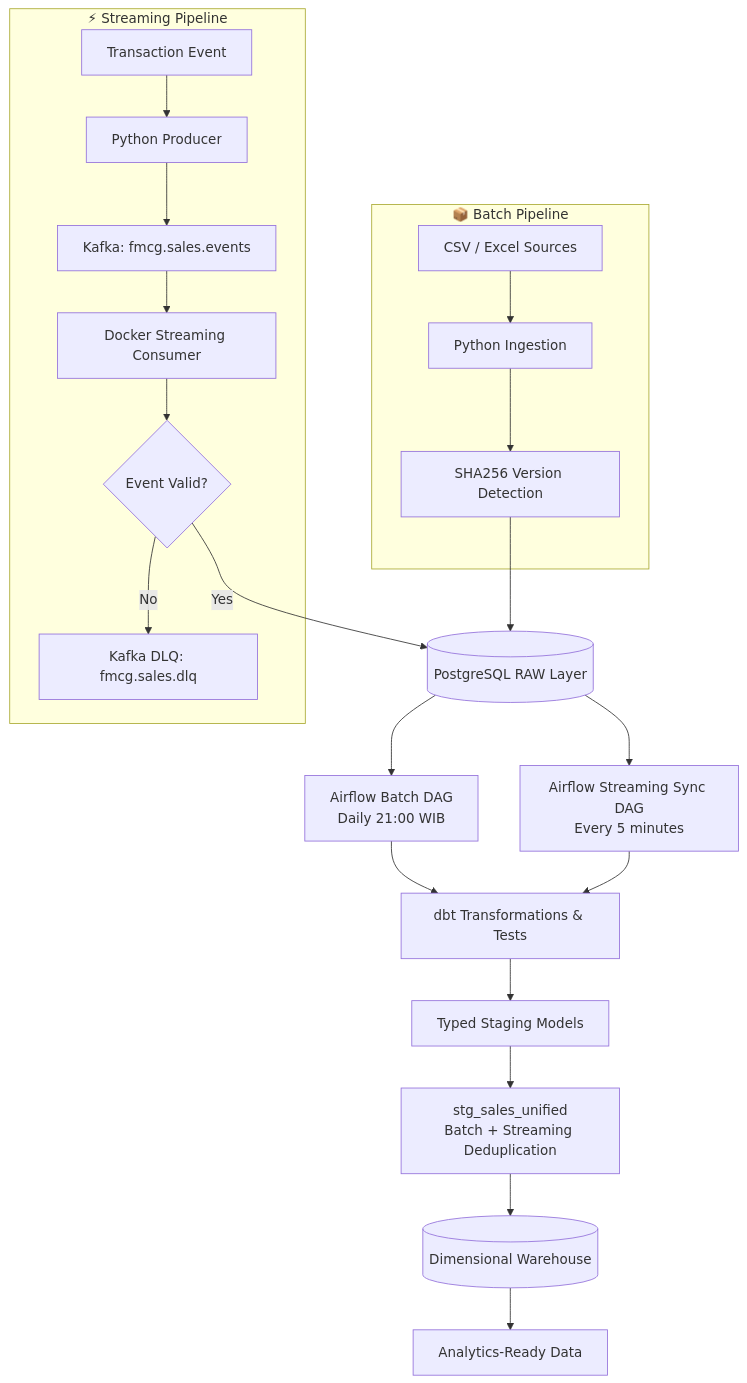
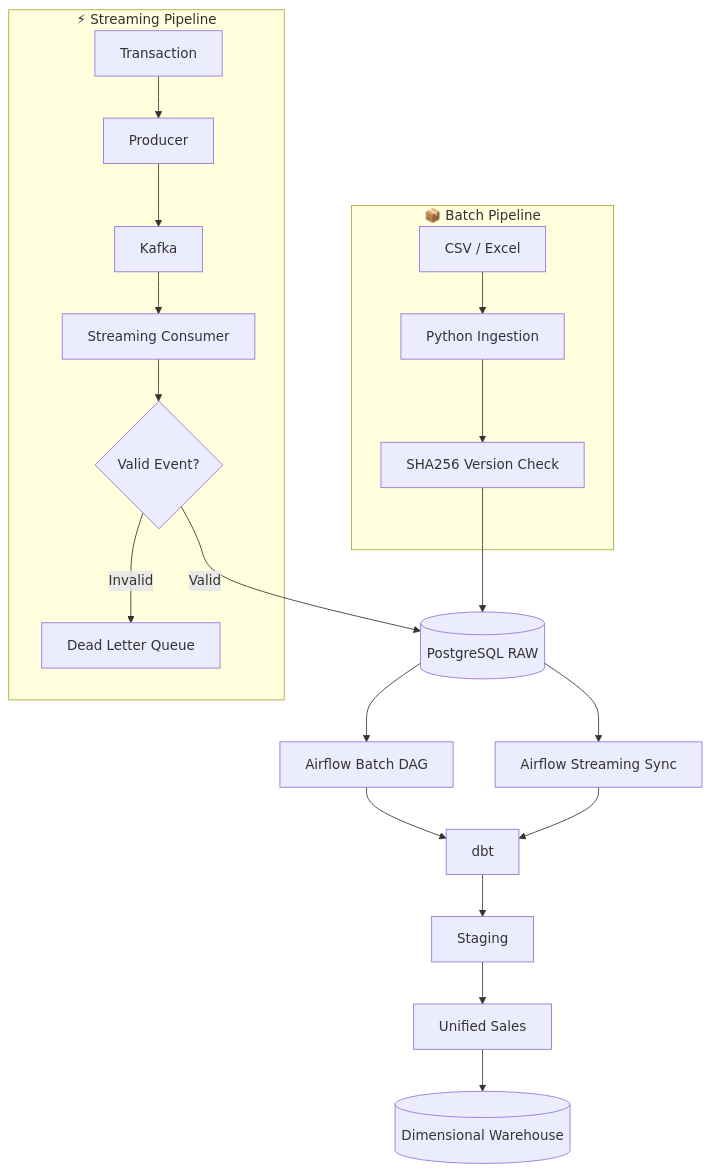
One commit to andikahfi98/fmcg-data-engineering-platform changed the first of 2 diagrams in README.md. Above: the diagram before and after it, drawn with Mermaid. The commit also changed other lines of this file, not shown here.

````diff
--- a/README.md
+++ b/README.md
@@ -25,35 +50,36 @@
 ```mermaid
 flowchart TD
+
     subgraph BATCH[📦 Batch Pipeline]
-        B1[CSV / Excel Sources]
+        B1[CSV / Excel]
         B2[Python Ingestion]
-        B3[SHA256 Version Detection]
+        B3[SHA256 Version Check]
+
         B1 --> B2 --> B3
     end
 
     subgraph STREAM[⚡ Streaming Pipeline]
-        S1[Transaction Event]
-        S2[Python Producer]
-        S3[Kafka: fmcg.sales.events]
-        S4[Docker Streaming Consumer]
-        S5{Event Valid?}
-        S6[Kafka DLQ: fmcg.sales.dlq]
+        S1[Transaction]
+        S2[Producer]
+        S3[Kafka]
+        S4[Streaming Consumer]
+        S5{Valid Event?}
+        S6[Dead Letter Queue]
+
         S1 --> S2 --> S3 --> S4 --> S5
-        S5 -- No --> S6
+        S5 -- Invalid --> S6
     end
 
-    B3 --> RAW[(PostgreSQL RAW Layer)]
-    S5 -- Yes --> RAW
+    B3 --> RAW[(PostgreSQL RAW)]
+    S5 -- Valid --> RAW
 
-    RAW --> A1[Airflow Batch DAG\nDaily 21:00 WIB]
-    RAW --> A2[Airflow Streaming Sync DAG\nEvery 5 minutes]
+    RAW --> A1[Airflow Batch DAG]
+    RAW --> A2[Airflow Streaming Sync]
 
-    A1 --> DBT[dbt Transformations & Tests]
+    A1 --> DBT[dbt]
     A2 --> DBT
 
-    DBT --> STG[Typed Staging Models]
-    STG --> UNI[stg_sales_unified\nBatch + Streaming Deduplication]
+    DBT --> STG[Staging]
+    STG --> UNI[Unified Sales]
     UNI --> WH[(Dimensional Warehouse)]
-
-    WH --> ANALYTICS[Analytics-Ready Data]
 ```
````
